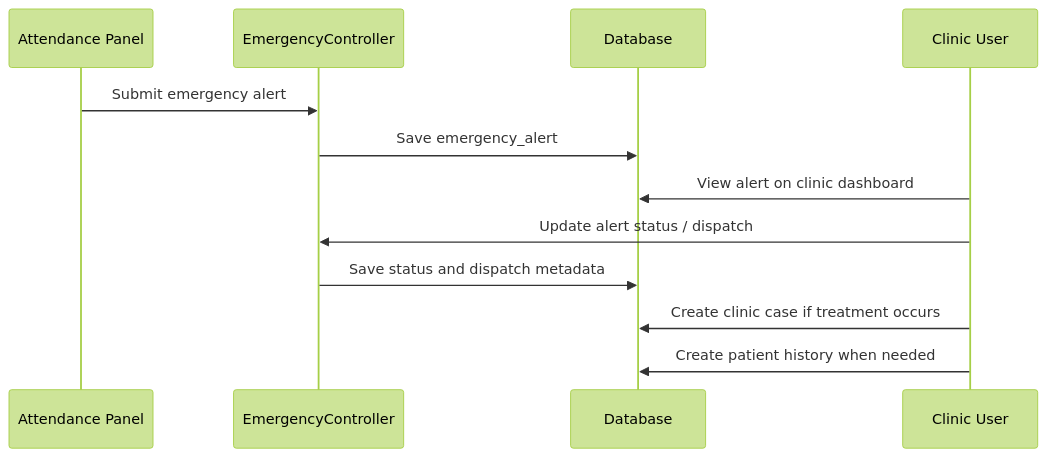
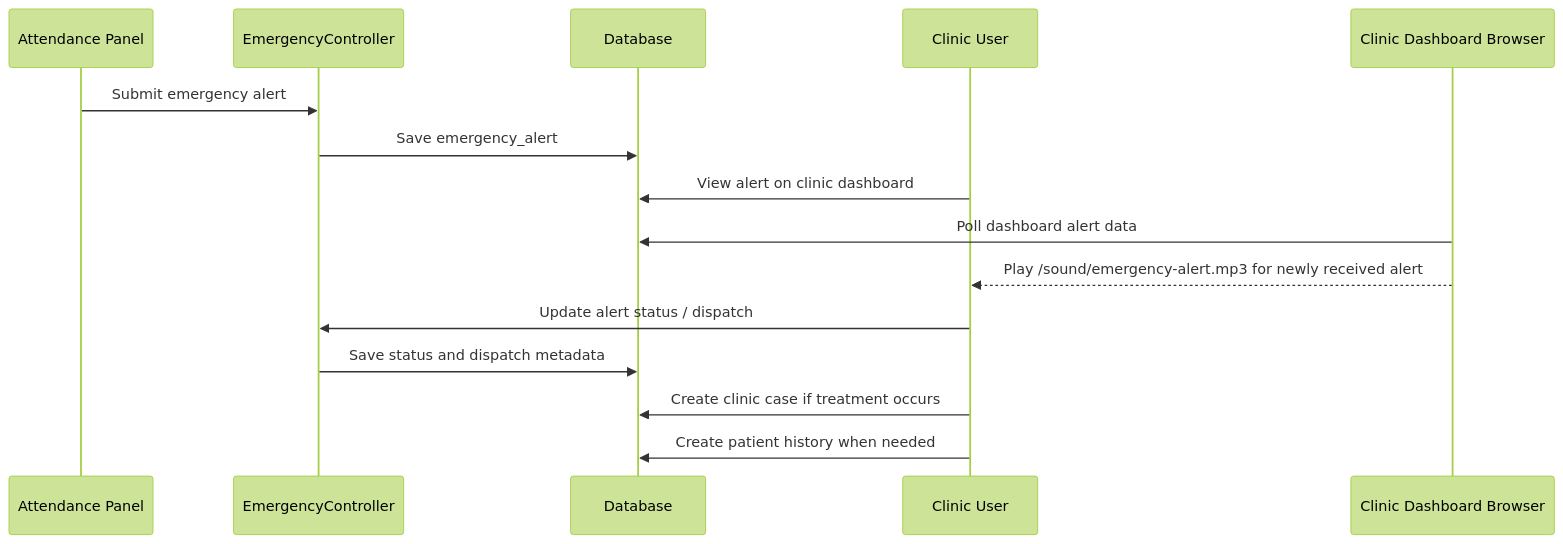
Before and after one commit to capstonedummy11/capstone-rfid: the tenth of 12 diagrams in docs/SYSTEM_FLOW.md, drawn with Mermaid (forest theme). The commit also changed other lines of this file and 7 other files, not shown here.

Commit message:
development | clinic noise emergency

````diff
--- a/docs/SYSTEM_FLOW.md
+++ b/docs/SYSTEM_FLOW.md
@@ -570,14 +676,17 @@
 ```mermaid
 sequenceDiagram
     participant P as Attendance Panel
     participant E as EmergencyController
     participant DB as Database
     participant C as Clinic User
+    participant B as Clinic Dashboard Browser
     P->>E: Submit emergency alert
     E->>DB: Save emergency_alert
     C->>DB: View alert on clinic dashboard
+    B->>DB: Poll dashboard alert data
+    B-->>C: Play /sound/emergency-alert.mp3 for newly received alert
     C->>E: Update alert status / dispatch
     E->>DB: Save status and dispatch metadata
     C->>DB: Create clinic case if treatment occurs
     C->>DB: Create patient history when needed
 ```
````
